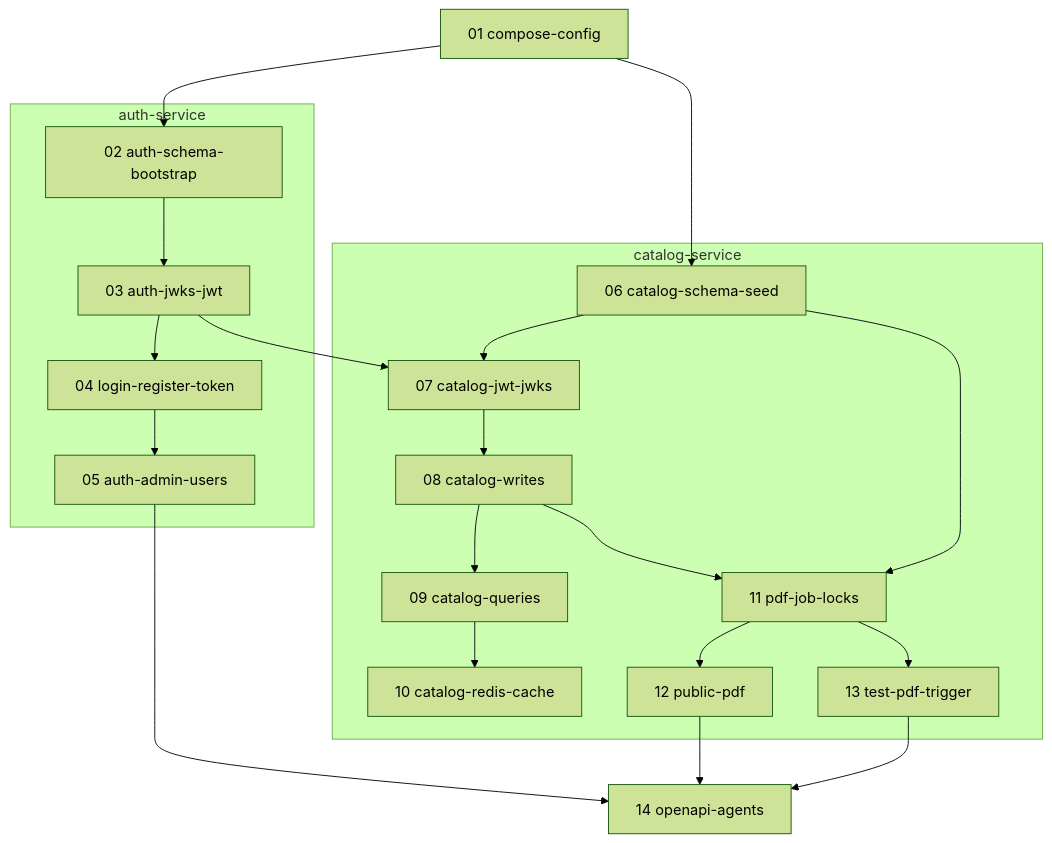
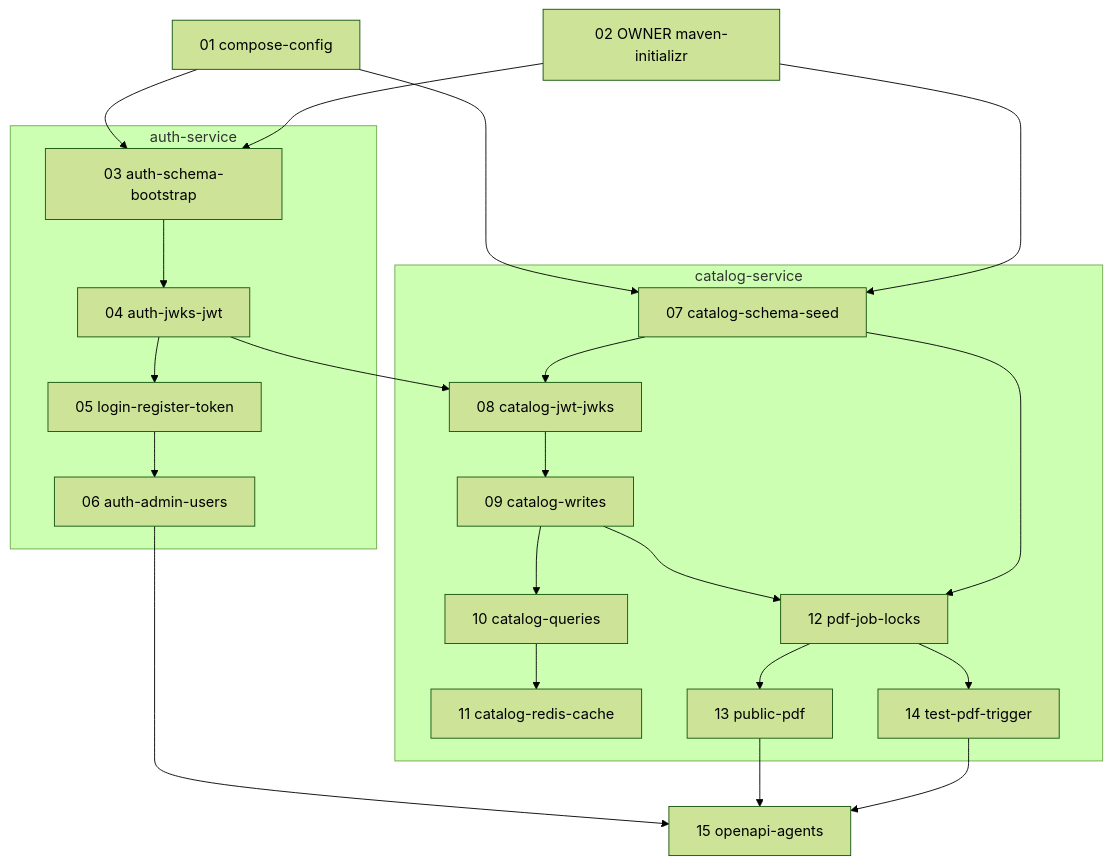
Before and after one commit to PereRohit/create-your-pizza: the diagram in docs/build-plan.md, drawn with Mermaid (forest theme). The commit also changed other lines of this file and 21 other files, not shown here.

````diff
--- a/docs/build-plan.md
+++ b/docs/build-plan.md
@@ -215,38 +213,41 @@
 ```mermaid
 flowchart TB
   s01["01 compose-config"]
+  s02["02 OWNER maven-initializr"]
 
   subgraph auth ["auth-service"]
-    s02["02 auth-schema-bootstrap"]
-    s03["03 auth-jwks-jwt"]
-    s04["04 login-register-token"]
-    s05["05 auth-admin-users"]
-    s02 --> s03 --> s04 --> s05
+    s03["03 auth-schema-bootstrap"]
+    s04["04 auth-jwks-jwt"]
+    s05["05 login-register-token"]
+    s06["06 auth-admin-users"]
+    s03 --> s04 --> s05 --> s06
   end
 
   subgraph catalog ["catalog-service"]
-    s06["06 catalog-schema-seed"]
-    s07["07 catalog-jwt-jwks"]
-    s08["08 catalog-writes"]
-    s09["09 catalog-queries"]
-    s10["10 catalog-redis-cache"]
-    s11["11 pdf-job-locks"]
-    s12["12 public-pdf"]
-    s13["13 test-pdf-trigger"]
-    s06 --> s07 --> s08
-    s08 --> s09 --> s10
-    s08 --> s11
-    s06 --> s11
-    s11 --> s12
-    s11 --> s13
+    s07["07 catalog-schema-seed"]
+    s08["08 catalog-jwt-jwks"]
+    s09["09 catalog-writes"]
+    s10["10 catalog-queries"]
+    s11["11 catalog-redis-cache"]
+    s12["12 pdf-job-locks"]
+    s13["13 public-pdf"]
+    s14["14 test-pdf-trigger"]
+    s07 --> s08 --> s09
+    s09 --> s10 --> s11
+    s09 --> s12
+    s07 --> s12
+    s12 --> s13
+    s12 --> s14
   end
 
-  s14["14 openapi-agents"]
+  s15["15 openapi-agents"]
 
-  s01 --> s02
-  s01 --> s06
-  s03 --> s07
-  s05 --> s14
-  s12 --> s14
-  s13 --> s14
+  s01 --> s03
+  s02 --> s03
+  s01 --> s07
+  s02 --> s07
+  s04 --> s08
+  s06 --> s15
+  s13 --> s15
+  s14 --> s15
 ```
````
